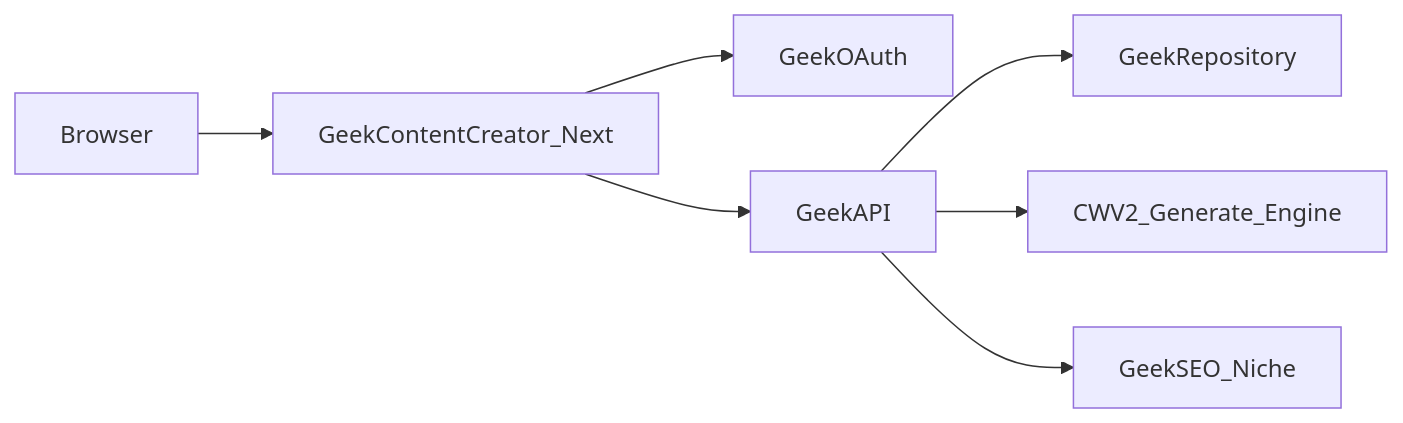
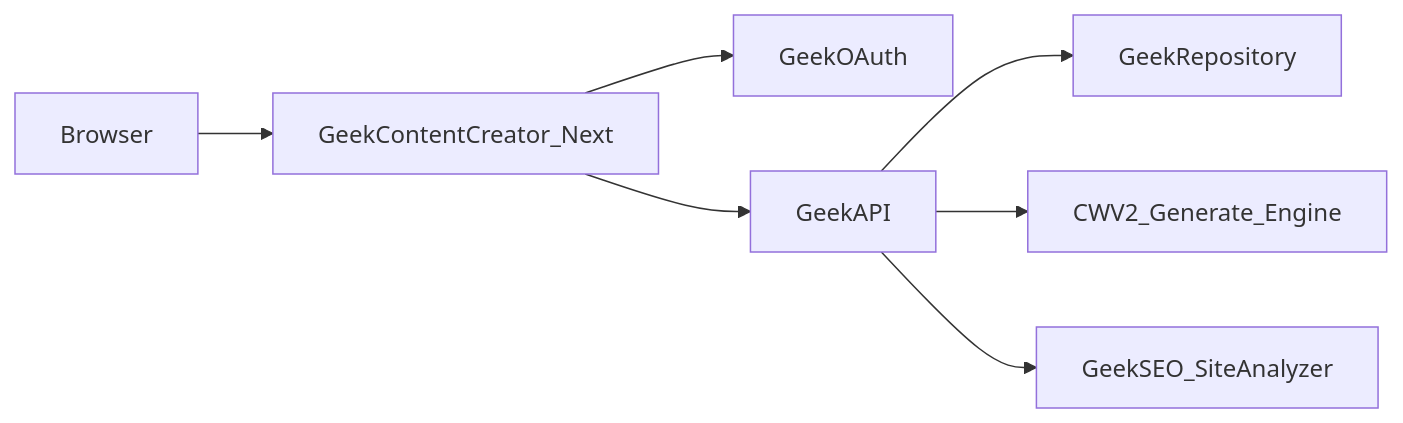
The first of 2 diagrams in architecture.md (jmartinemployment/GeekContentCreator), drawn with Mermaid before and after one commit. The commit also changed other lines of this file and 1 other file, not shown here.

First line of the commit message:
Drop Niche wording from Site Analyzer docs.

````diff
--- a/architecture.md
+++ b/architecture.md
@@ -26,17 +26,17 @@
 ```mermaid
 flowchart LR
   browser[Browser]
   next[GeekContentCreator_Next]
   oauth[GeekOAuth]
   api[GeekAPI]
   repo[GeekRepository]
   engine[CWV2_Generate_Engine]
-  niche[GeekSEO_Niche]
+  geekSeo[GeekSEO_SiteAnalyzer]
 
   browser --> next
   next --> oauth
   next --> api
   api --> repo
   api --> engine
-  api --> niche
+  api --> geekSeo
 ```
````
